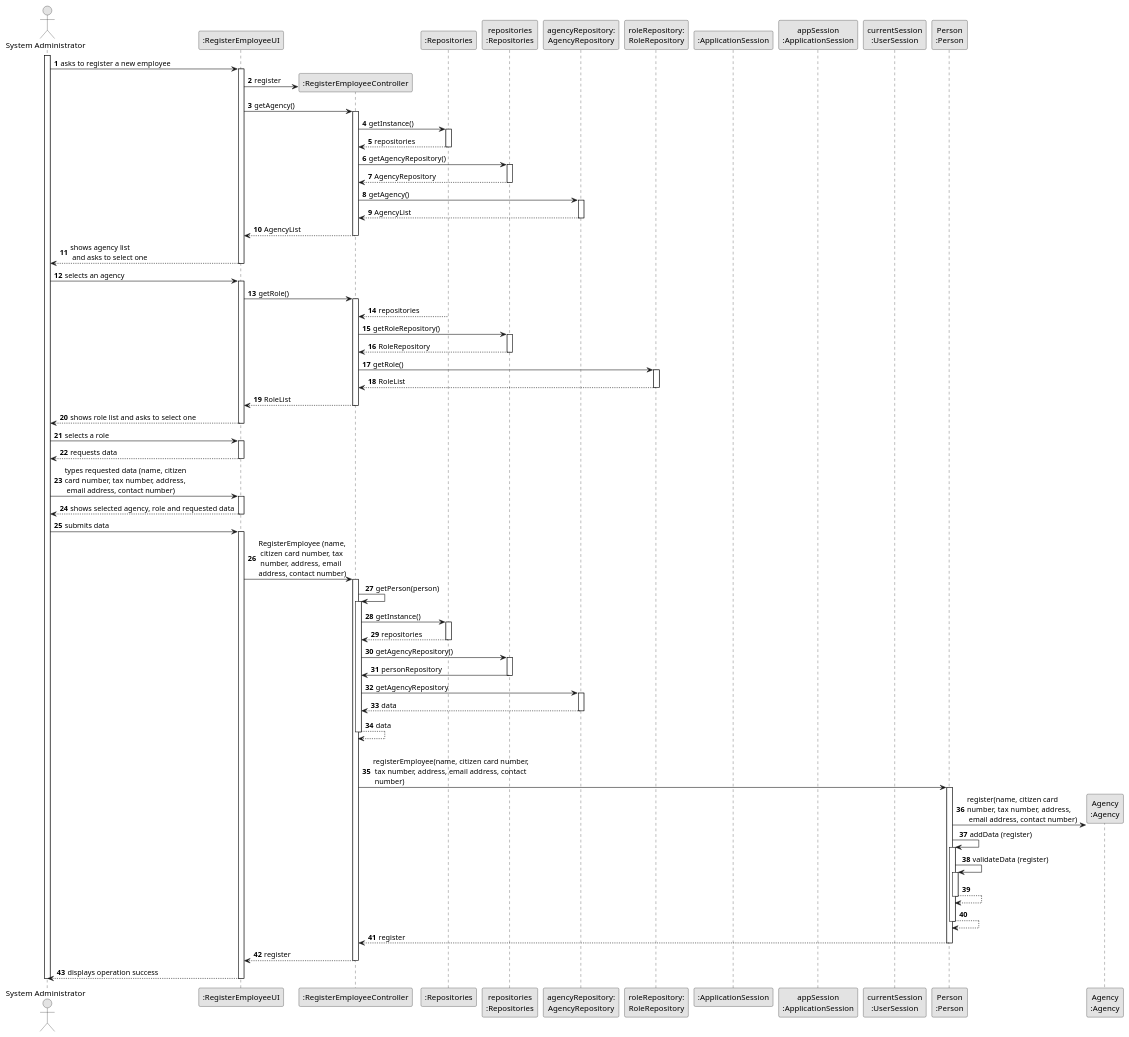
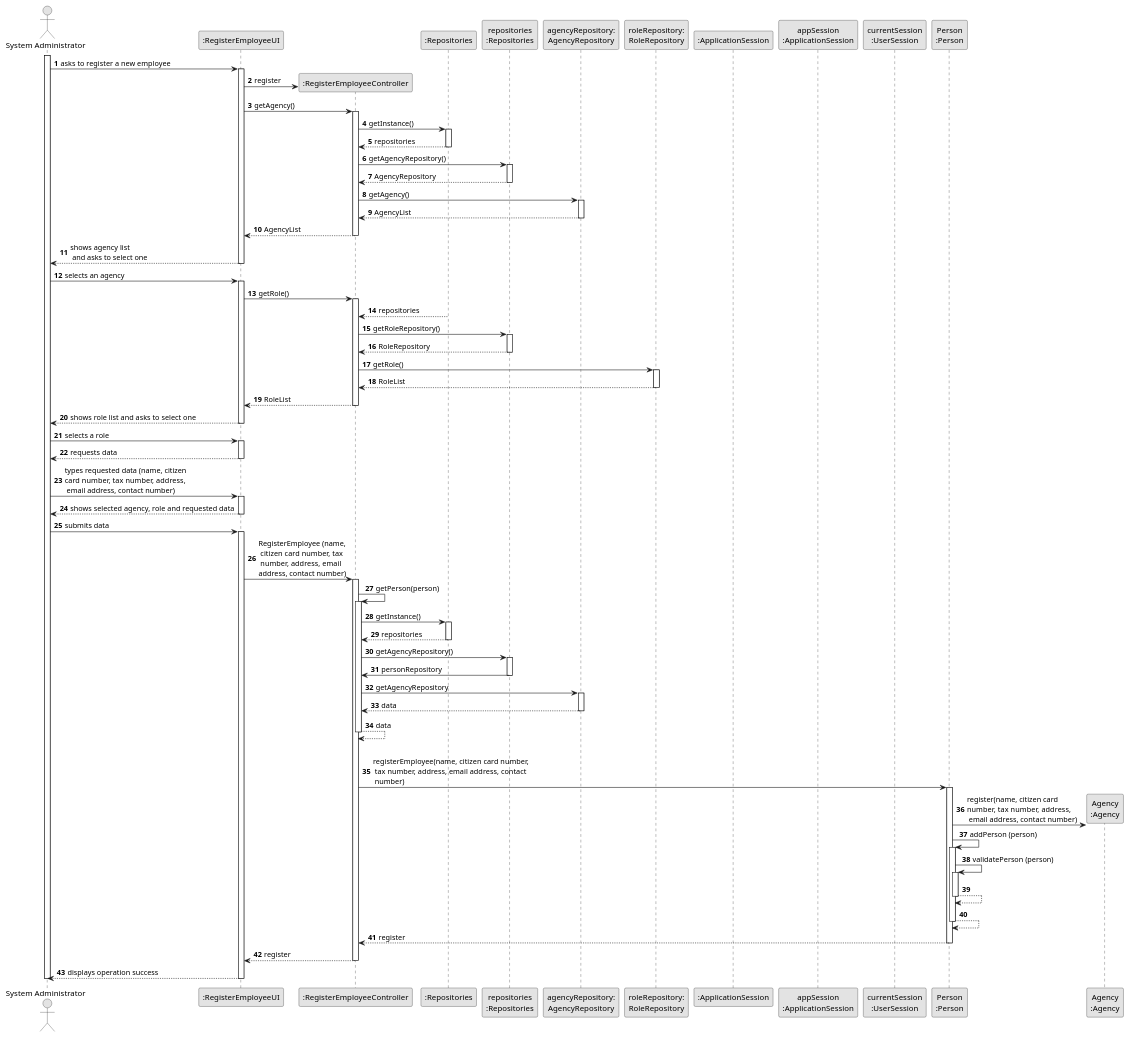
Before and after one commit to rita-barbosa/LAPR2-2223: the diagram in docs/sprintB/us003/03.design/puml/us003-sequence-diagram-full.puml, drawn with PlantUML.

Commit message:
Update SD [US3][Design]

```diff
--- a/docs/sprintB/us003/03.design/puml/us003-sequence-diagram-full.puml
+++ b/docs/sprintB/us003/03.design/puml/us003-sequence-diagram-full.puml
@@ -1,158 +1,158 @@
 @startuml
 skinparam monochrome true
 skinparam packageStyle rectangle
 skinparam shadowing false
 
 autonumber
 
 'hide footbox
 actor "System Administrator" as ADM
 participant ":RegisterEmployeeUI" as UI
 participant ":RegisterEmployeeController" as CTRL
 participant ":Repositories" as RepositorySingleton
 participant "repositories\n:Repositories" as PLAT
 participant "agencyRepository:\nAgencyRepository" as AgencyRepository
 participant "roleRepository:\nRoleRepository" as RoleRepository
 participant ":ApplicationSession" as _APP
 participant "appSession\n:ApplicationSession" as APP
 participant "currentSession\n:UserSession" as SESSAO
 participant "Person\n:Person" as PERSON
 participant "Agency\n:Agency" as AGENCY
 
 activate ADM
 
         ADM -> UI : asks to register a new employee
 
         activate UI
 
 '            UI --> ADM : requests data (name, citizen card number, tax number, address, email address, contact number)
             'create CTRL
             UI -> CTRL** : register
 
             UI -> CTRL : getAgency()
             activate CTRL
 
                 CTRL -> RepositorySingleton : getInstance()
                 activate RepositorySingleton
 
                     RepositorySingleton --> CTRL: repositories
                 deactivate RepositorySingleton
 
                 CTRL -> PLAT : getAgencyRepository()
                 activate PLAT
 
                     PLAT --> CTRL: AgencyRepository
                 deactivate PLAT
 
                 CTRL -> AgencyRepository : getAgency()
                 activate AgencyRepository
 
                     AgencyRepository --> CTRL : AgencyList
                 deactivate AgencyRepository
 
                 CTRL --> UI : AgencyList
             deactivate CTRL
 
             UI --> ADM : shows agency list\n and asks to select one
         deactivate UI
 
 
              ADM -> UI : selects an agency
              activate UI
 
 UI -> CTRL : getRole()
             activate CTRL
 
 
 
                     RepositorySingleton --> CTRL: repositories
                 deactivate RepositorySingleton
 
                 CTRL -> PLAT : getRoleRepository()
                 activate PLAT
 
                     PLAT --> CTRL: RoleRepository
                 deactivate PLAT
 
                 CTRL -> RoleRepository : getRole()
                 activate RoleRepository
 
                     RoleRepository --> CTRL : RoleList
                 deactivate RoleRepository
 
                 CTRL --> UI : RoleList
             deactivate CTRL
 
             UI --> ADM : shows role list and asks to select one
         deactivate UI
 
     ADM -> UI : selects a role
     activate UI
 
         UI --> ADM : requests data
     deactivate UI
 
     ADM -> UI : types requested data (name, citizen \ncard number, tax number, address,\n email address, contact number)
     activate UI
 
         UI --> ADM : shows selected agency, role and requested data
     deactivate UI
 
     ADM -> UI : submits data
     activate UI
 
         UI -> CTRL : RegisterEmployee (name,\n citizen card number, tax \n number, address, email \naddress, contact number)
         activate CTRL
 
             CTRL -> CTRL : getPerson(person)
             activate CTRL
 
                 CTRL -> RepositorySingleton : getInstance()
                 activate RepositorySingleton
 
                     RepositorySingleton --> CTRL: repositories
                 deactivate RepositorySingleton
 
                 CTRL -> PLAT : getAgencyRepository()
                 activate PLAT
 
                     PLAT -> CTRL : personRepository
                 deactivate PLAT
 
                 CTRL -> AgencyRepository : getAgencyRepository
                 activate AgencyRepository
 
                     AgencyRepository --> CTRL : data
                 deactivate AgencyRepository
                     CTRL --> CTRL : data
             deactivate CTRL
 
             |||
             CTRL -> PERSON: registerEmployee(name, citizen card number,\n tax number, address, email address, contact\n number)
             activate PERSON
 
                 PERSON -> AGENCY**: register(name, citizen card \nnumber, tax number, address,\n email address, contact number)
-                PERSON -> PERSON: addData (register)
+                PERSON -> PERSON: addPerson (person)
 
 
                 activate PERSON
-                    PERSON -> PERSON: validateData (register)
+                    PERSON -> PERSON: validatePerson (person)
                     activate PERSON
                         PERSON --> PERSON
                     deactivate PERSON
 
                     PERSON --> PERSON
                 deactivate PERSON
 
                 PERSON --> CTRL : register
 
             deactivate PERSON
 
             CTRL --> UI: register
             deactivate CTRL
             UI --> ADM: displays operation success
     deactivate UI
 
 deactivate ADM
 
 @enduml
```
